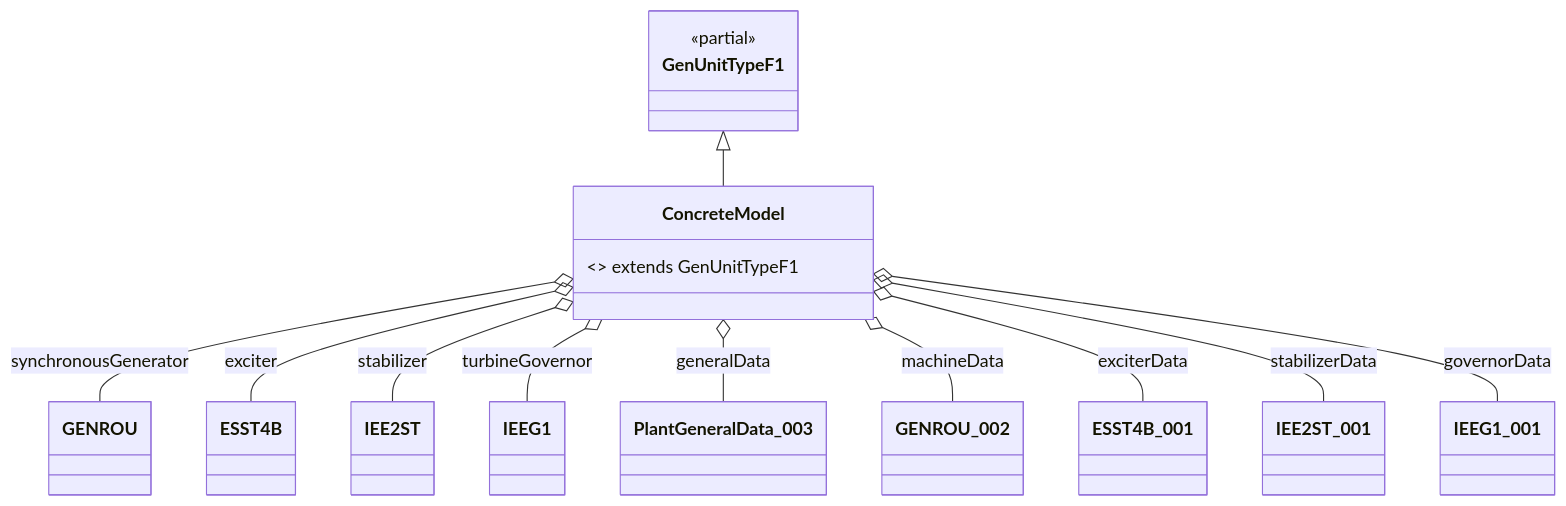
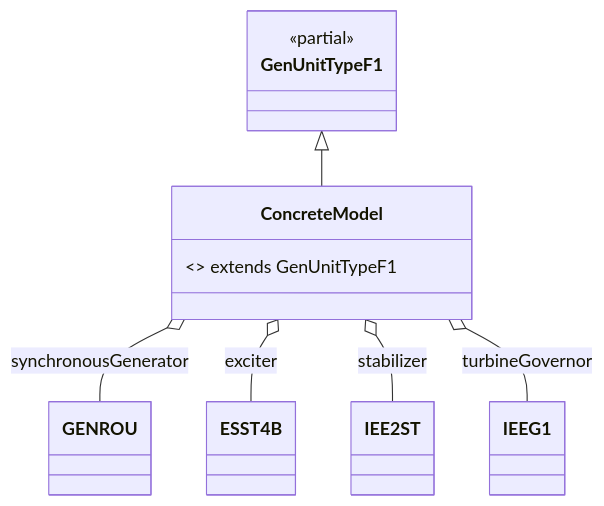
One commit to Opal-RT-Technologies/ephasorsim-modelica-library changed the second of 2 diagrams in modelica/OpalRT/docs/TypeF.md. Above: the diagram before and after it, drawn with Mermaid. The commit also changed other lines of this file and 56 other files, not shown here.

````diff
--- a/modelica/OpalRT/docs/TypeF.md
+++ b/modelica/OpalRT/docs/TypeF.md
@@ -87,24 +70,14 @@
 ```mermaid
 classDiagram
 class GenUnitTypeF1 { <<partial>> }
 class ConcreteModel { <<model>> extends GenUnitTypeF1 }
 class GENROU { }
 class ESST4B { }
 class IEE2ST { }
 class IEEG1 { }
-class PlantGeneralData_003 { }
-class GENROU_002 { }
-class ESST4B_001 { }
-class IEE2ST_001 { }
-class IEEG1_001 { }
 GenUnitTypeF1 <|-- ConcreteModel
 ConcreteModel o-- GENROU : synchronousGenerator
 ConcreteModel o-- ESST4B : exciter
 ConcreteModel o-- IEE2ST : stabilizer
 ConcreteModel o-- IEEG1 : turbineGovernor
-ConcreteModel o-- PlantGeneralData_003 : generalData
-ConcreteModel o-- GENROU_002 : machineData
-ConcreteModel o-- ESST4B_001 : exciterData
-ConcreteModel o-- IEE2ST_001 : stabilizerData
-ConcreteModel o-- IEEG1_001 : governorData
 ```
````
